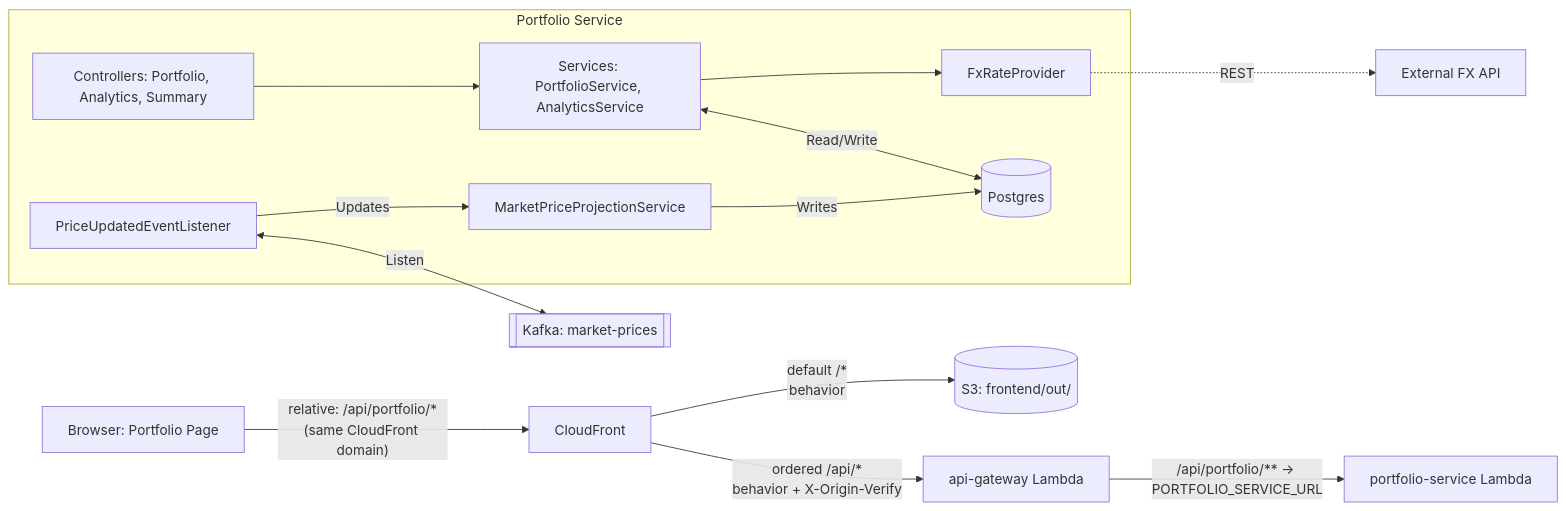
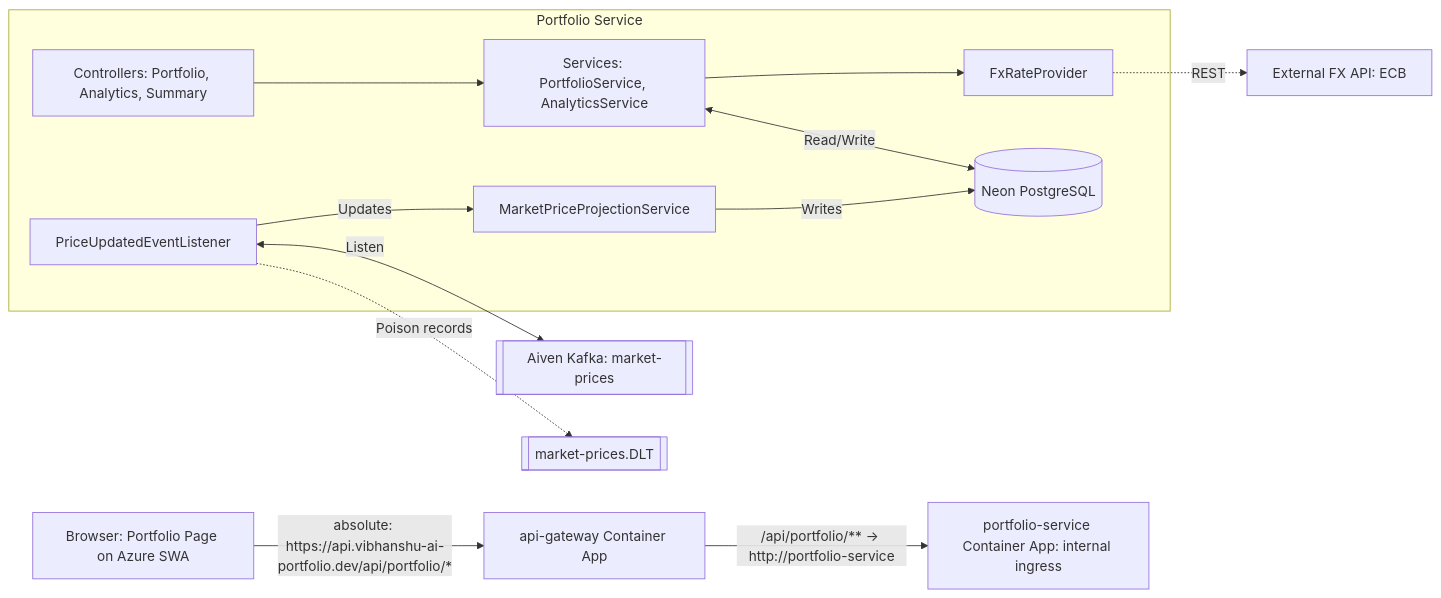
Before and after one commit to vibhanshu-agarwal/wealthmgmtandportfoliotracker: the second of 2 diagrams in docs/e2e-flows/portfolio-service-e2e.md, drawn with Mermaid. The commit also changed other lines of this file and 3 other files, not shown here.

````diff
--- a/docs/e2e-flows/portfolio-service-e2e.md
+++ b/docs/e2e-flows/portfolio-service-e2e.md
@@ -82,24 +82,23 @@
 ```mermaid
 graph LR
-    A[Browser: Portfolio Page] -->|"relative: /api/portfolio/*\n(same CloudFront domain)"| B[CloudFront]
-    B -->|"default /*\nbehavior"| S[(S3: frontend/out/)]
-    B -->|"ordered /api/*\nbehavior + X-Origin-Verify"| C[api-gateway Lambda]
-    C -->|/api/portfolio/** → PORTFOLIO_SERVICE_URL| D[portfolio-service Lambda]
+    A[Browser: Portfolio Page on Azure SWA] -->|"absolute: https://api.vibhanshu-ai-portfolio.dev/api/portfolio/*"| C[api-gateway Container App]
+    C -->|"/api/portfolio/** → http://portfolio-service"| D[portfolio-service Container App: internal ingress]
 
     subgraph "Portfolio Service"
         D1[Controllers: Portfolio, Analytics, Summary]
         D2[Services: PortfolioService, AnalyticsService]
         D3[MarketPriceProjectionService]
         D4[PriceUpdatedEventListener]
         D5[FxRateProvider]
 
         D1 --> D2
         D2 --> D5
         D4 -->|Updates| D3
-        D3 -->|Writes| E[(Postgres)]
+        D3 -->|Writes| E[(Neon PostgreSQL)]
         D2 <-->|Read/Write| E
     end
 
-    D4 <-->|Listen| F[[Kafka: market-prices]]
-    D5 -.->|REST| G[External FX API]
+    D4 <-->|Listen| F[[Aiven Kafka: market-prices]]
+    D4 -.->|Poison records| DLT[[market-prices.DLT]]
+    D5 -.->|REST| G[External FX API: ECB]
 ```
````
